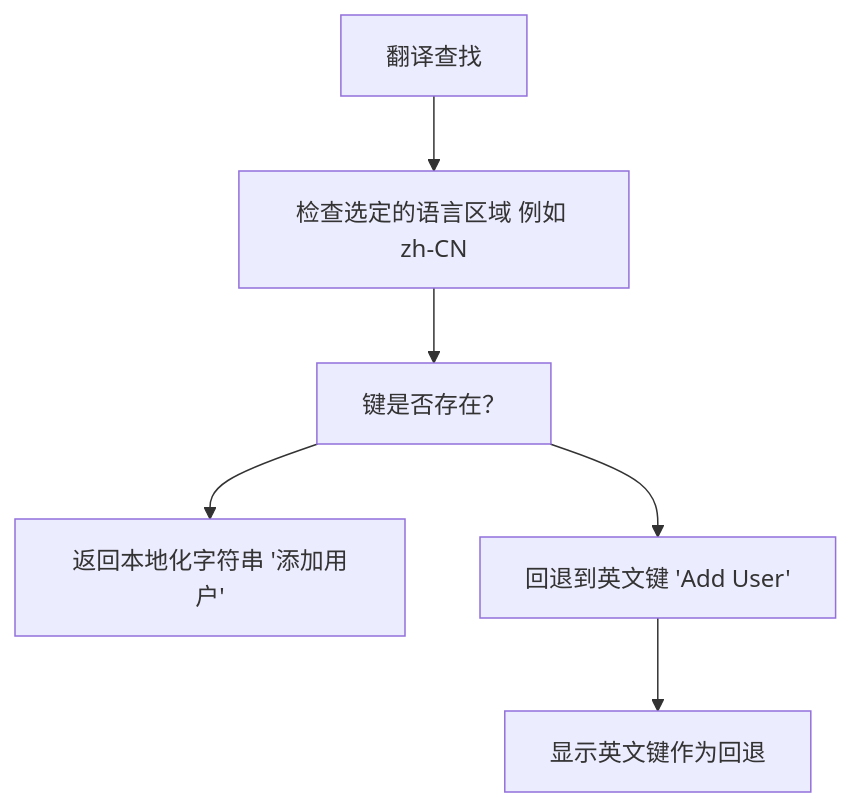
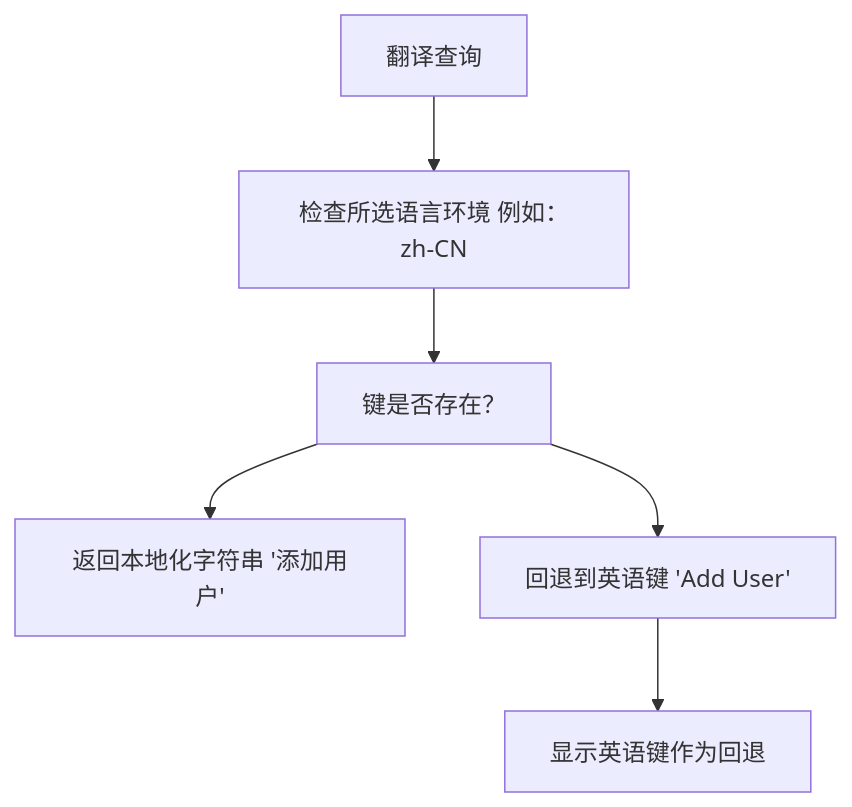
One commit to Chesszyh/Wiki changed the fifth of 5 diagrams in tests/open-webui_deepwiki/zh/15-internationalization.md. Above: the diagram before and after it, drawn with Mermaid. The commit also changed other lines of this file and 234 other files, not shown here.

````diff
--- a/tests/open-webui_deepwiki/zh/15-internationalization.md
+++ b/tests/open-webui_deepwiki/zh/15-internationalization.md
@@ -492,15 +469,15 @@
 ```mermaid
 flowchart TD
-    TranslationRequest["翻译查找"]
-    CheckLocale["检查选定的语言区域 例如 zh-CN"]
+    TranslationRequest["翻译查询"]
+    CheckLocale["检查所选语言环境 例如：zh-CN"]
     KeyExists["键是否存在？"]
     ReturnTranslation["返回本地化字符串 '添加用户'"]
-    FallbackEnglish["回退到英文键 'Add User'"]
-    DisplayKey["显示英文键作为回退"]
+    FallbackEnglish["回退到英语键 'Add User'"]
+    DisplayKey["显示英语键作为回退"]
 
     TranslationRequest --> CheckLocale
     CheckLocale --> KeyExists
     KeyExists --> ReturnTranslation
     KeyExists --> FallbackEnglish
     FallbackEnglish --> DisplayKey
 ```
````
